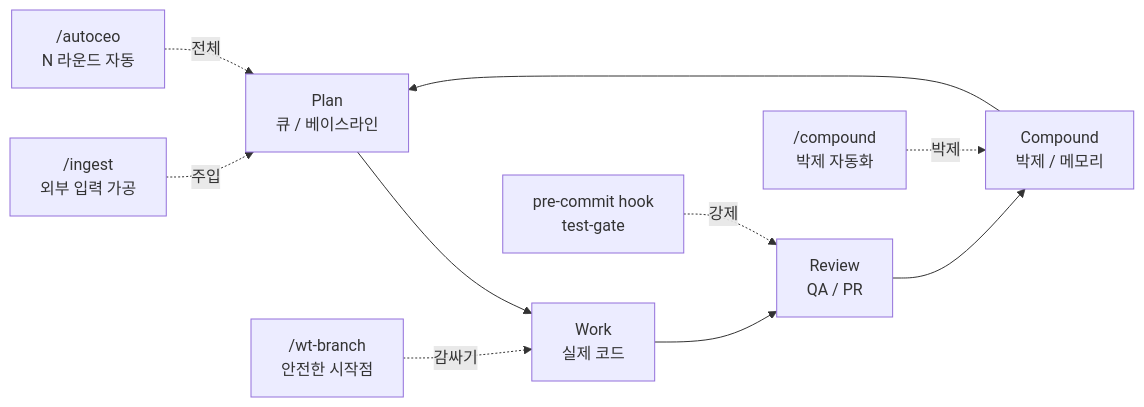
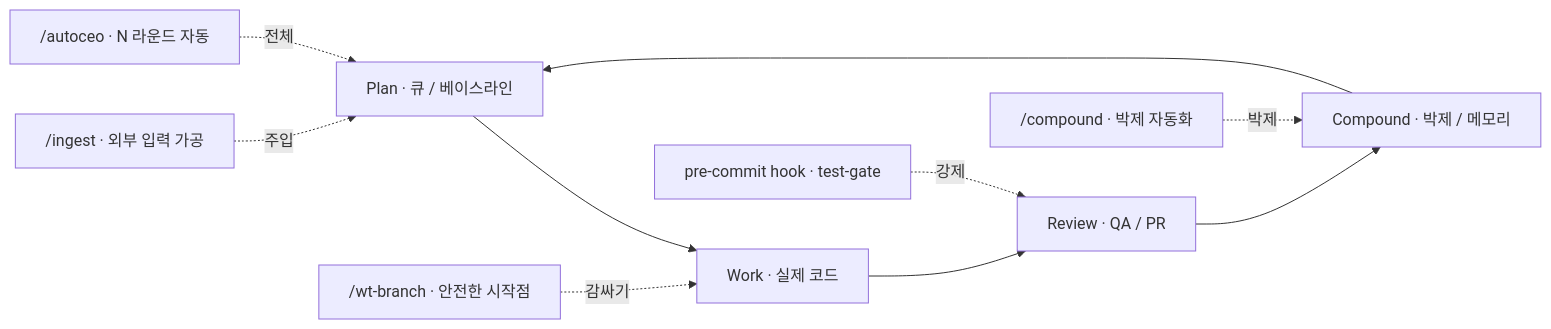
One commit to Mino777/ai-study changed the diagram in content/harness-engineering/compound-engineering-philosophy.mdx. Above: the diagram before and after it, drawn with Mermaid. The commit also changed 16 other files, not shown here.

First line of the commit message:
fix: Mermaid <br/> 렌더링 에러 근본 해결 — auto-fix 승격 + 전체 MDX 일괄 치환

````diff
--- a/content/harness-engineering/compound-engineering-philosophy.mdx
+++ b/content/harness-engineering/compound-engineering-philosophy.mdx
@@ -232,15 +232,15 @@
 ```mermaid
 flowchart LR
-  P["Plan<br/>큐 / 베이스라인"]
-  W["Work<br/>실제 코드"]
-  R["Review<br/>QA / PR"]
-  C["Compound<br/>박제 / 메모리"]
+  P["Plan · 큐 / 베이스라인"]
+  W["Work · 실제 코드"]
+  R["Review · QA / PR"]
+  C["Compound · 박제 / 메모리"]
 
   P --> W --> R --> C --> P
 
-  ingest["/ingest<br/>외부 입력 가공"] -. "주입" .-> P
-  wt["/wt-branch<br/>안전한 시작점"] -. "감싸기" .-> W
-  test["pre-commit hook<br/>test-gate"] -. "강제" .-> R
-  compound["/compound<br/>박제 자동화"] -. "박제" .-> C
-  autoceo["/autoceo<br/>N 라운드 자동"] -. "전체" .-> P
+  ingest["/ingest · 외부 입력 가공"] -. "주입" .-> P
+  wt["/wt-branch · 안전한 시작점"] -. "감싸기" .-> W
+  test["pre-commit hook · test-gate"] -. "강제" .-> R
+  compound["/compound · 박제 자동화"] -. "박제" .-> C
+  autoceo["/autoceo · N 라운드 자동"] -. "전체" .-> P
 ```
````
